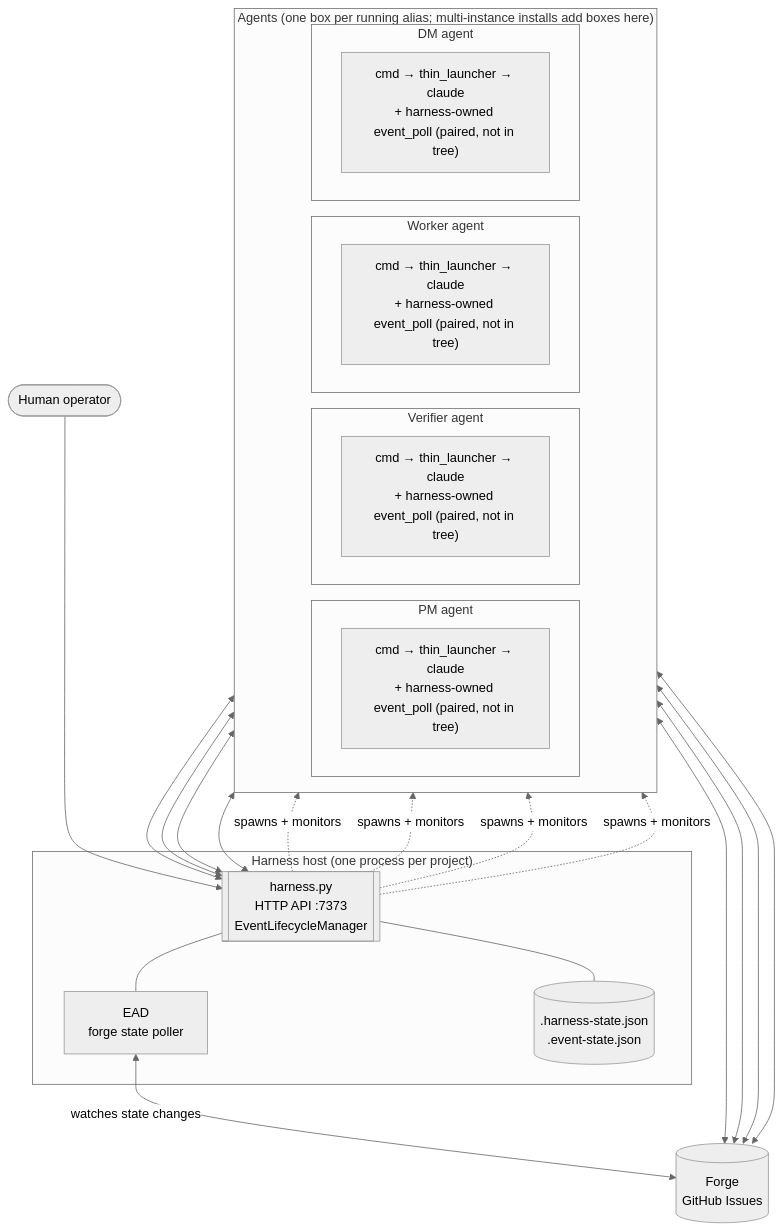
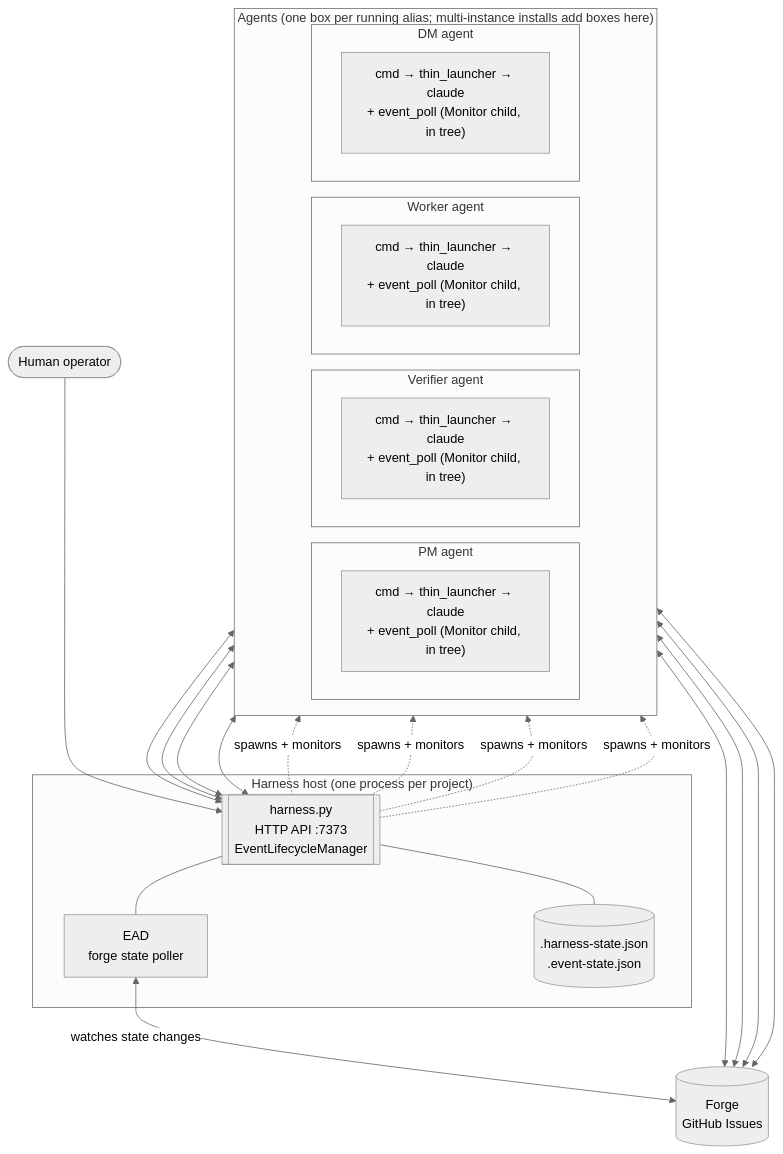
One commit to WallyDoodlez/SquidSquad changed the second of 15 diagrams in docs/AGENT-RUNTIME.md. Above: the diagram before and after it, drawn with Mermaid (neutral theme). The commit also changed other lines of this file, not shown here.

First line of the commit message:
pm: AGENT-RUNTIME reconciliation — event_poll/.claude-pid model (step-5 cross-ref, into #12417)

````diff
--- a/docs/AGENT-RUNTIME.md
+++ b/docs/AGENT-RUNTIME.md
@@ -135,49 +135,49 @@
 ```mermaid
 flowchart TB
     Operator(["Human operator"])
 
     subgraph harness_box["Harness host (one process per project)"]
         Harness[["harness.py<br/>HTTP API :7373<br/>EventLifecycleManager"]]
         EAD["EAD<br/>forge state poller"]
         StateFiles[(".harness-state.json<br/>.event-state.json")]
         Harness --- EAD
         Harness --- StateFiles
     end
 
     Forge[("Forge<br/>GitHub Issues")]
 
     subgraph agents_row["Agents (one box per running alias; multi-instance installs add boxes here)"]
         direction LR
         subgraph pm_box["PM agent"]
-            PMTree["cmd → thin_launcher → claude<br/>+ harness-owned event_poll (paired, not in tree)"]
+            PMTree["cmd → thin_launcher → claude<br/>+ event_poll (Monitor child, in tree)"]
         end
         subgraph verifier_box["Verifier agent"]
-            VerifierTree["cmd → thin_launcher → claude<br/>+ harness-owned event_poll (paired, not in tree)"]
+            VerifierTree["cmd → thin_launcher → claude<br/>+ event_poll (Monitor child, in tree)"]
         end
         subgraph worker_box["Worker agent"]
-            WorkerTree["cmd → thin_launcher → claude<br/>+ harness-owned event_poll (paired, not in tree)"]
+            WorkerTree["cmd → thin_launcher → claude<br/>+ event_poll (Monitor child, in tree)"]
         end
         subgraph dm_box["DM agent"]
-            DMTree["cmd → thin_launcher → claude<br/>+ harness-owned event_poll (paired, not in tree)"]
+            DMTree["cmd → thin_launcher → claude<br/>+ event_poll (Monitor child, in tree)"]
         end
     end
 
     Operator --> Harness
 
     Harness -.->|spawns + monitors| PMTree
     Harness -.->|spawns + monitors| VerifierTree
     Harness -.->|spawns + monitors| WorkerTree
     Harness -.->|spawns + monitors| DMTree
 
     PMTree <--> Harness
     VerifierTree <--> Harness
     WorkerTree <--> Harness
     DMTree <--> Harness
 
     PMTree <--> Forge
     VerifierTree <--> Forge
     WorkerTree <--> Forge
     DMTree <--> Forge
 
     EAD <-->|watches state changes| Forge
 ```
````
